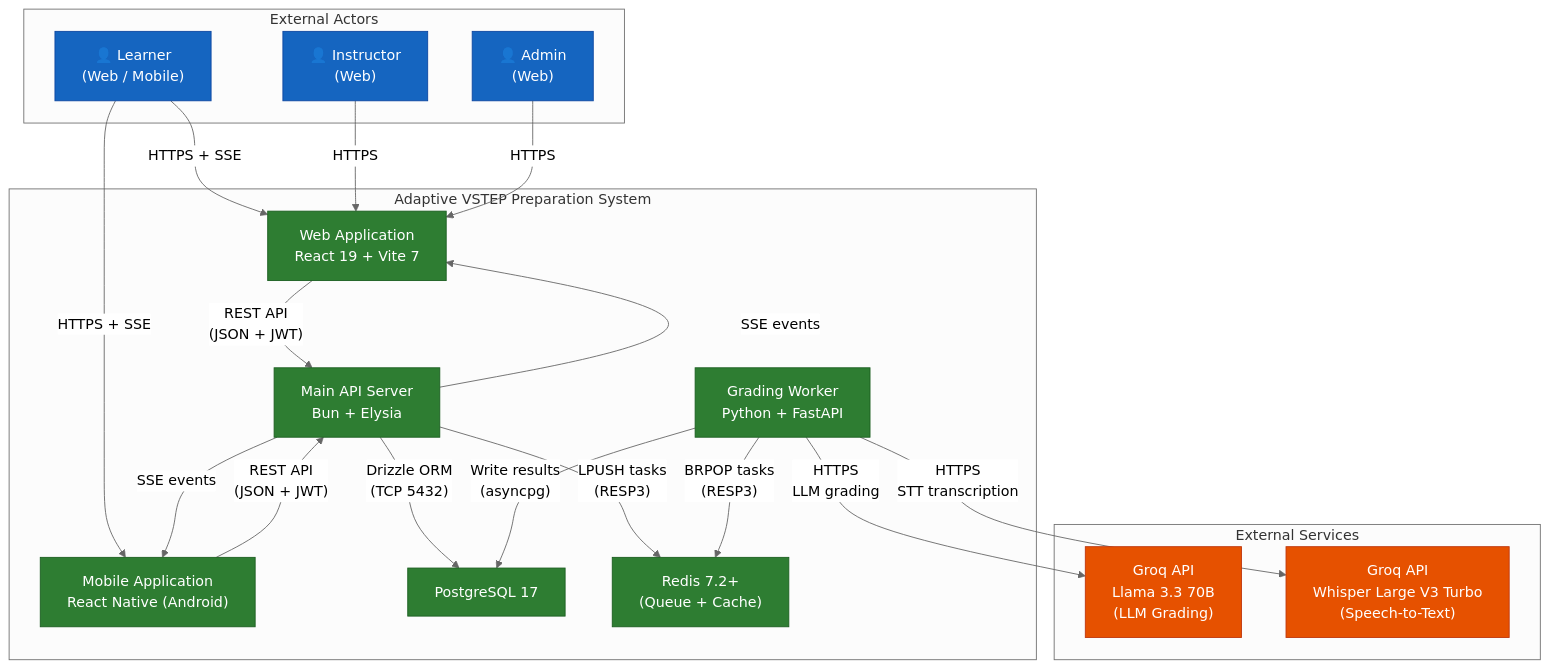
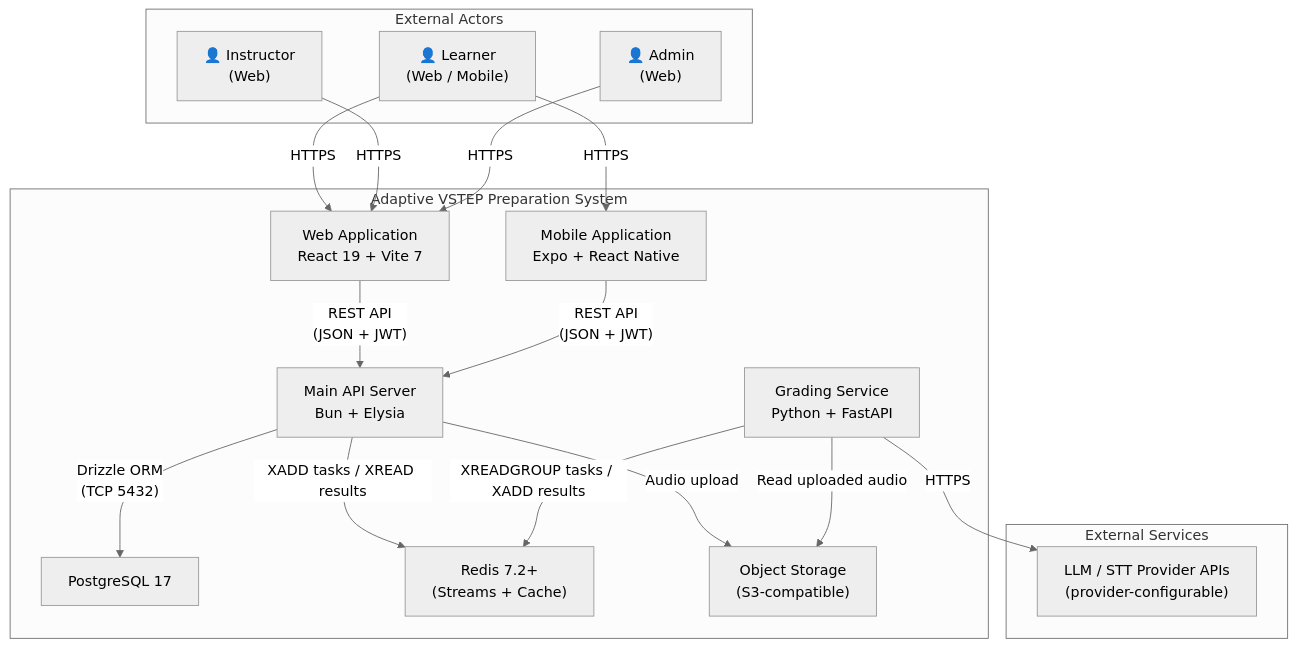
One commit to nghyane/VSTEP changed the first of 16 diagrams in docs/capstone/reports/ENG/report3-software-requirement-specification.md. Above: the diagram before and after it, drawn with Mermaid (neutral theme). The commit also changed other lines of this file and 1 other file, not shown here.

Commit message:
docs: align report 3 with current architecture

````diff
--- a/docs/capstone/reports/ENG/report3-software-requirement-specification.md
+++ b/docs/capstone/reports/ENG/report3-software-requirement-specification.md
@@ -65,48 +66,38 @@
 ```mermaid
 flowchart TB
     subgraph ExternalActors ["External Actors"]
         Learner["👤 Learner<br/>(Web / Mobile)"]
         Instructor["👤 Instructor<br/>(Web)"]
         Admin["👤 Admin<br/>(Web)"]
     end
 
     subgraph System ["Adaptive VSTEP Preparation System"]
         WebApp["Web Application<br/>React 19 + Vite 7"]
-        MobileApp["Mobile Application<br/>React Native (Android)"]
+        MobileApp["Mobile Application<br/>Expo + React Native"]
         Backend["Main API Server<br/>Bun + Elysia"]
-        GradingWorker["Grading Worker<br/>Python + FastAPI"]
+        GradingWorker["Grading Service<br/>Python + FastAPI"]
         DB["PostgreSQL 17"]
-        Cache["Redis 7.2+<br/>(Queue + Cache)"]
+        Cache["Redis 7.2+<br/>(Streams + Cache)"]
+        Storage["Object Storage<br/>(S3-compatible)"]
     end
 
     subgraph ExternalServices ["External Services"]
-        GroqLLM["Groq API<br/>Llama 3.3 70B<br/>(LLM Grading)"]
-        GroqSTT["Groq API<br/>Whisper Large V3 Turbo<br/>(Speech-to-Text)"]
+        LLMProvider["LLM / STT Provider APIs<br/>(provider-configurable)"]
     end
 
-    Learner -->|"HTTPS + SSE"| WebApp
-    Learner -->|"HTTPS + SSE"| MobileApp
+    Learner -->|"HTTPS"| WebApp
+    Learner -->|"HTTPS"| MobileApp
     Instructor -->|"HTTPS"| WebApp
     Admin -->|"HTTPS"| WebApp
 
     WebApp -->|"REST API<br/>(JSON + JWT)"| Backend
     MobileApp -->|"REST API<br/>(JSON + JWT)"| Backend
 
     Backend -->|"Drizzle ORM<br/>(TCP 5432)"| DB
-    Backend -->|"LPUSH tasks<br/>(RESP3)"| Cache
-    Backend -->|"SSE events"| WebApp
-    Backend -->|"SSE events"| MobileApp
+    Backend -->|"XADD tasks / XREAD results"| Cache
+    Backend -->|"Audio upload"| Storage
 
-    GradingWorker -->|"BRPOP tasks<br/>(RESP3)"| Cache
-    GradingWorker -->|"Write results<br/>(asyncpg)"| DB
-    GradingWorker -->|"HTTPS<br/>LLM grading"| GroqLLM
-    GradingWorker -->|"HTTPS<br/>STT transcription"| GroqSTT
-
-    classDef actor fill:#1565c0,stroke:#0d47a1,color:#fff
-    classDef system fill:#2e7d32,stroke:#1b5e20,color:#fff
-    classDef external fill:#e65100,stroke:#bf360c,color:#fff
-
-    class Learner,Instructor,Admin actor
-    class WebApp,MobileApp,Backend,GradingWorker,DB,Cache system
-    class GroqLLM,GroqSTT external
+    GradingWorker -->|"XREADGROUP tasks / XADD results"| Cache
+    GradingWorker -->|"HTTPS"| LLMProvider
+    GradingWorker -->|"Read uploaded audio"| Storage
 ```
````
